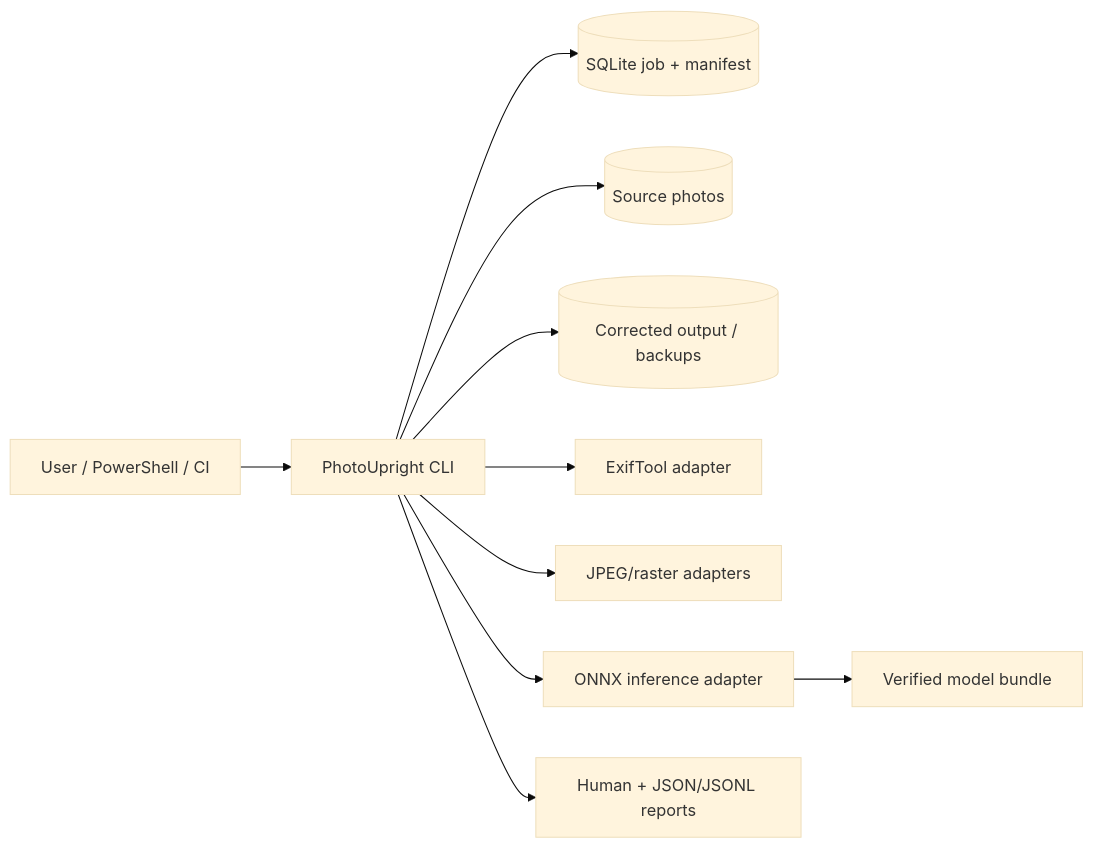
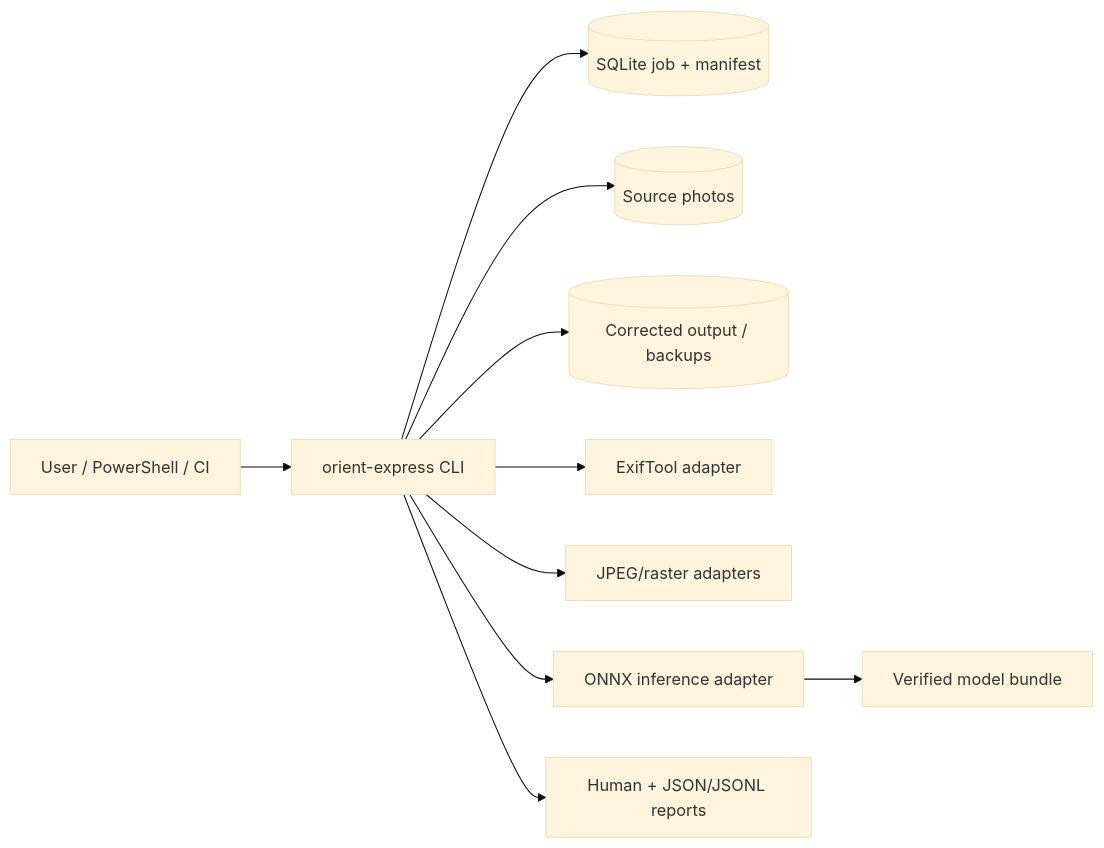
Before and after one commit to deadcoast/image-orient: the diagram in orient-express/diagrams/system-context.mmd, drawn with Mermaid (base theme). The commit also changed 23 other files, not shown here.

First line of the commit message:
Refactor documentation and schemas to replace "PhotoUpright" with "orient-express"

```diff
--- a/orient-express/diagrams/system-context.mmd
+++ b/orient-express/diagrams/system-context.mmd
@@ -1,10 +1,10 @@
 flowchart LR
-  U[User / PowerShell / CI] --> CLI[PhotoUpright CLI]
+  U[User / PowerShell / CI] --> CLI[orient-express CLI]
   CLI --> JOB[(SQLite job + manifest)]
   CLI --> SRC[(Source photos)]
   CLI --> OUT[(Corrected output / backups)]
   CLI --> META[ExifTool adapter]
   CLI --> CODEC[JPEG/raster adapters]
   CLI --> ML[ONNX inference adapter]
   ML --> MODEL[Verified model bundle]
   CLI --> REPORT[Human + JSON/JSONL reports]
```
